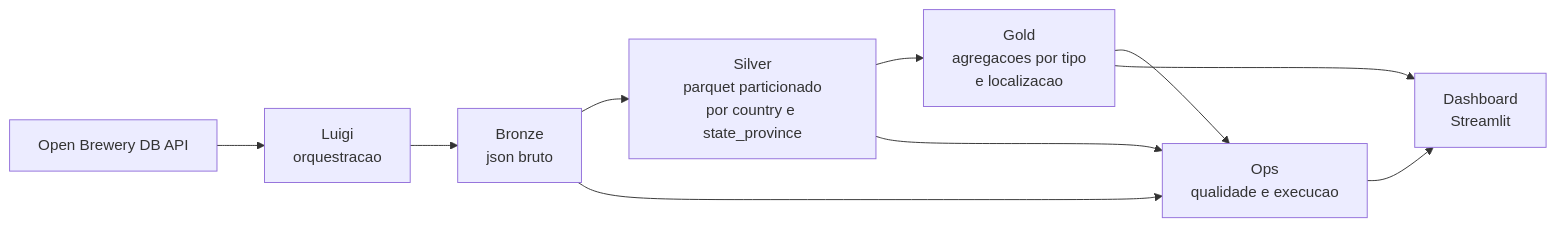
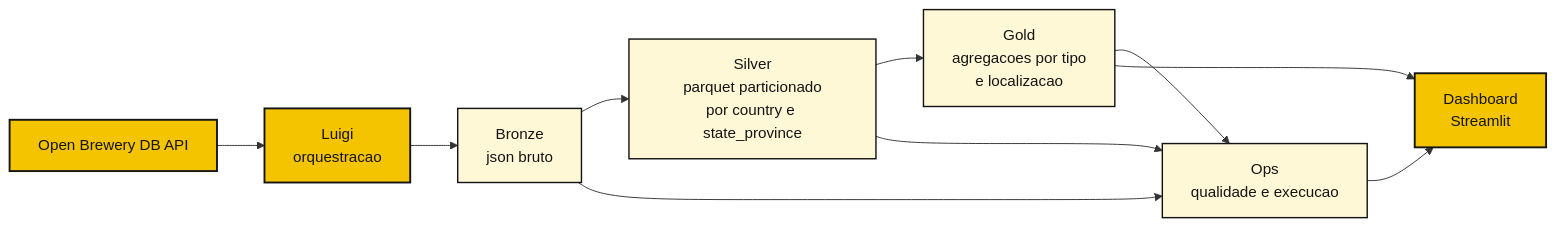
Before and after one commit to leorosp/bees-data-engineering-case: the diagram in README.md, drawn with Mermaid. The commit also changed other lines of this file, not shown here.

Commit message:
Polish README with BEES-inspired highlights

````diff
--- a/README.md
+++ b/README.md
@@ -18,12 +35,17 @@
 ```mermaid
 flowchart LR
     A["Open Brewery DB API"] --> B["Luigi<br/>orquestracao"]
     B --> C["Bronze<br/>json bruto"]
     C --> D["Silver<br/>parquet particionado<br/>por country e state_province"]
     D --> E["Gold<br/>agregacoes por tipo<br/>e localizacao"]
     C --> F["Ops<br/>qualidade e execucao"]
     D --> F
     E --> F
     E --> G["Dashboard<br/>Streamlit"]
     F --> G
+
+    classDef bees fill:#F5C400,stroke:#141414,color:#141414,stroke-width:2px;
+    classDef neutral fill:#FFF8D6,stroke:#141414,color:#141414,stroke-width:1.5px;
+    class A,B,G bees;
+    class C,D,E,F neutral;
 ```
````
